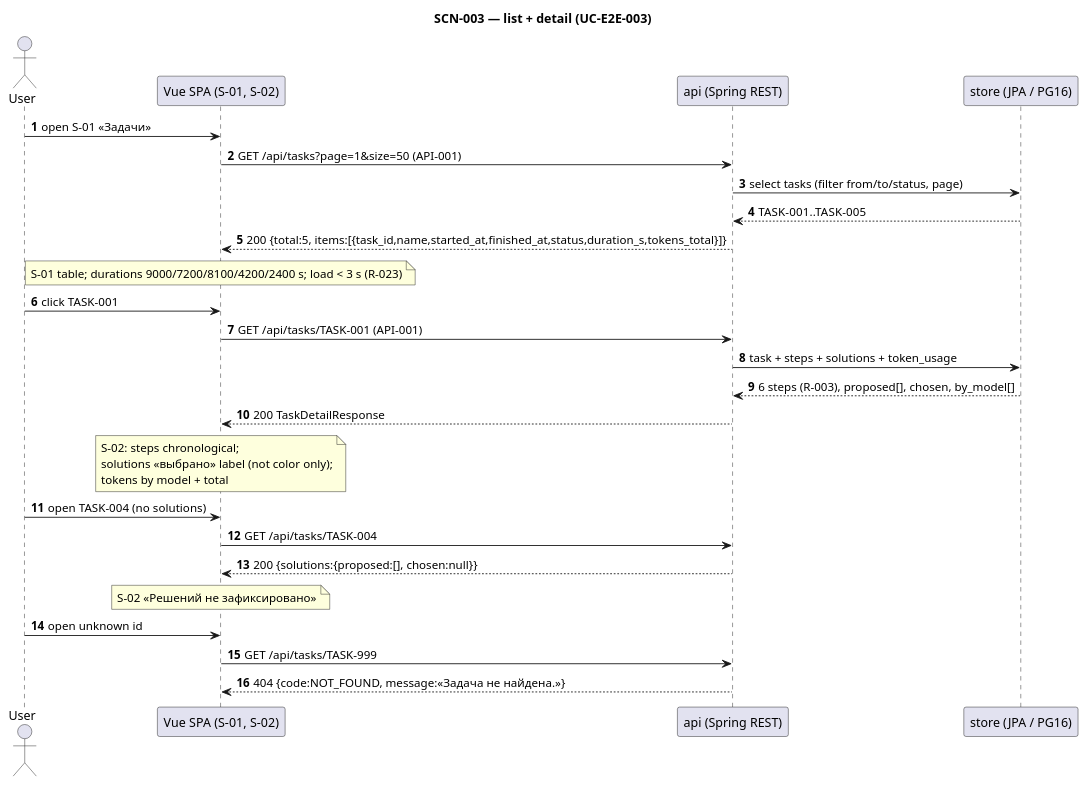
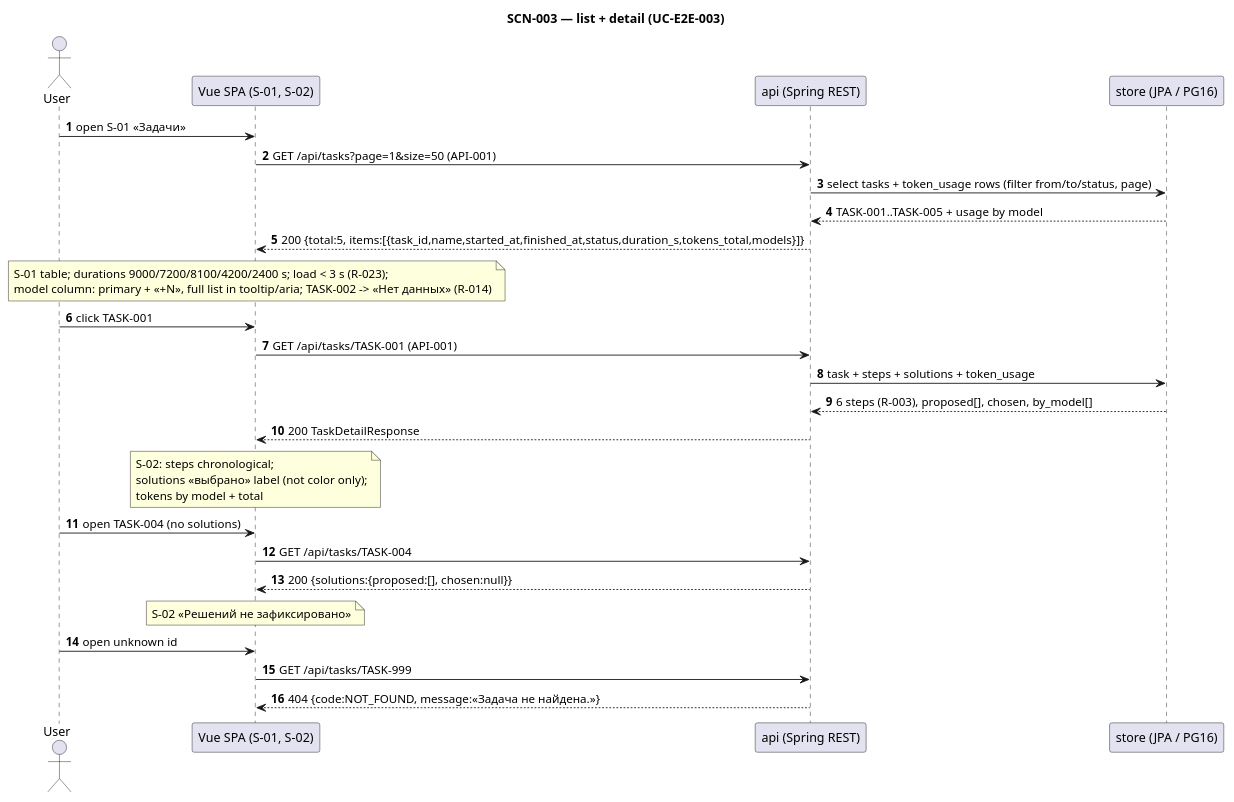
Before and after one commit to serge-sasov/ai-task-tracker: the diagram in docs/architecture/sequence-scn-003-ai-task-tracker.puml, drawn with PlantUML. The commit also changed 13 other files, not shown here.

```diff
--- a/docs/architecture/sequence-scn-003-ai-task-tracker.puml
+++ b/docs/architecture/sequence-scn-003-ai-task-tracker.puml
@@ -1,32 +1,32 @@
 @startuml sequence-scn-003-ai-task-tracker
-' T-007 R-02 — SCN-003: list + detail
-' Trace: SCN-003 ↔ UC-E2E-003 | API: API-001
+' T-022 R-01 — SCN-003: list + detail
+' Trace: SCN-003 ↔ UC-E2E-003 | API: API-001 | R-014
 ' Source: contracts §4.2 (list), §4.3 (detail)
 autonumber
 title SCN-003 — list + detail (UC-E2E-003)
 
 actor "User" as user
 participant "Vue SPA (S-01, S-02)" as spa
 participant "api (Spring REST)" as api
 participant "store (JPA / PG16)" as pg
 
 user -> spa : open S-01 «Задачи»
 spa -> api : GET /api/tasks?page=1&size=50 (API-001)
-api -> pg : select tasks (filter from/to/status, page)
-pg --> api : TASK-001..TASK-005
-api --> spa : 200 {total:5, items:[{task_id,name,started_at,finished_at,status,duration_s,tokens_total}]}
-note over spa : S-01 table; durations 9000/7200/8100/4200/2400 s; load < 3 s (R-023)
+api -> pg : select tasks + token_usage rows (filter from/to/status, page)
+pg --> api : TASK-001..TASK-005 + usage by model
+api --> spa : 200 {total:5, items:[{task_id,name,started_at,finished_at,status,duration_s,tokens_total,models}]}
+note over spa : S-01 table; durations 9000/7200/8100/4200/2400 s; load < 3 s (R-023);\nmodel column: primary + «+N», full list in tooltip/aria; TASK-002 -> «Нет данных» (R-014)
 user -> spa : click TASK-001
 spa -> api : GET /api/tasks/TASK-001 (API-001)
 api -> pg : task + steps + solutions + token_usage
 pg --> api : 6 steps (R-003), proposed[], chosen, by_model[]
 api --> spa : 200 TaskDetailResponse
 note over spa : S-02: steps chronological;\nsolutions «выбрано» label (not color only);\ntokens by model + total
 user -> spa : open TASK-004 (no solutions)
 spa -> api : GET /api/tasks/TASK-004
 api --> spa : 200 {solutions:{proposed:[], chosen:null}}
 note over spa : S-02 «Решений не зафиксировано»
 user -> spa : open unknown id
 spa -> api : GET /api/tasks/TASK-999
 api --> spa : 404 {code:NOT_FOUND, message:«Задача не найдена.»}
 @enduml
```
